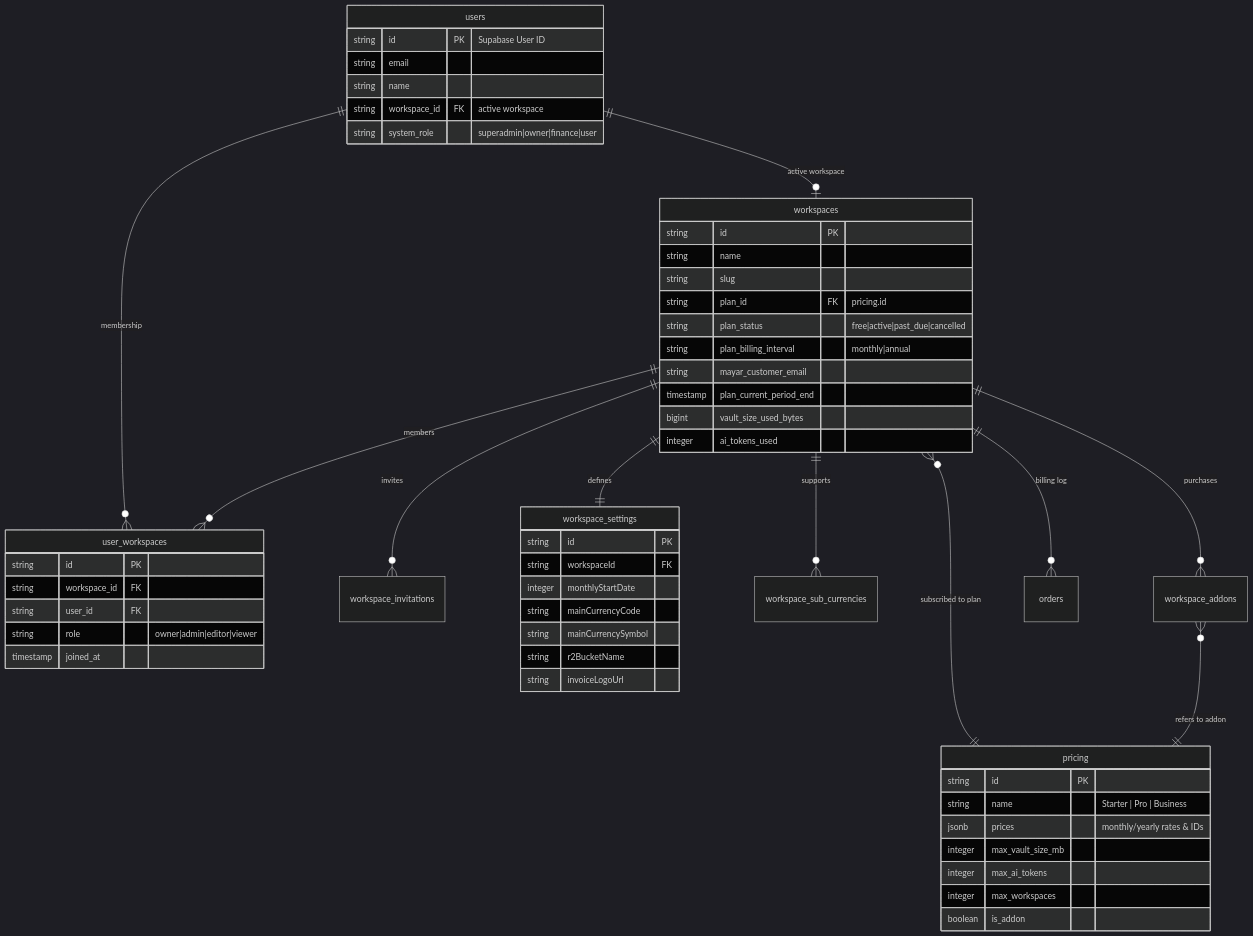
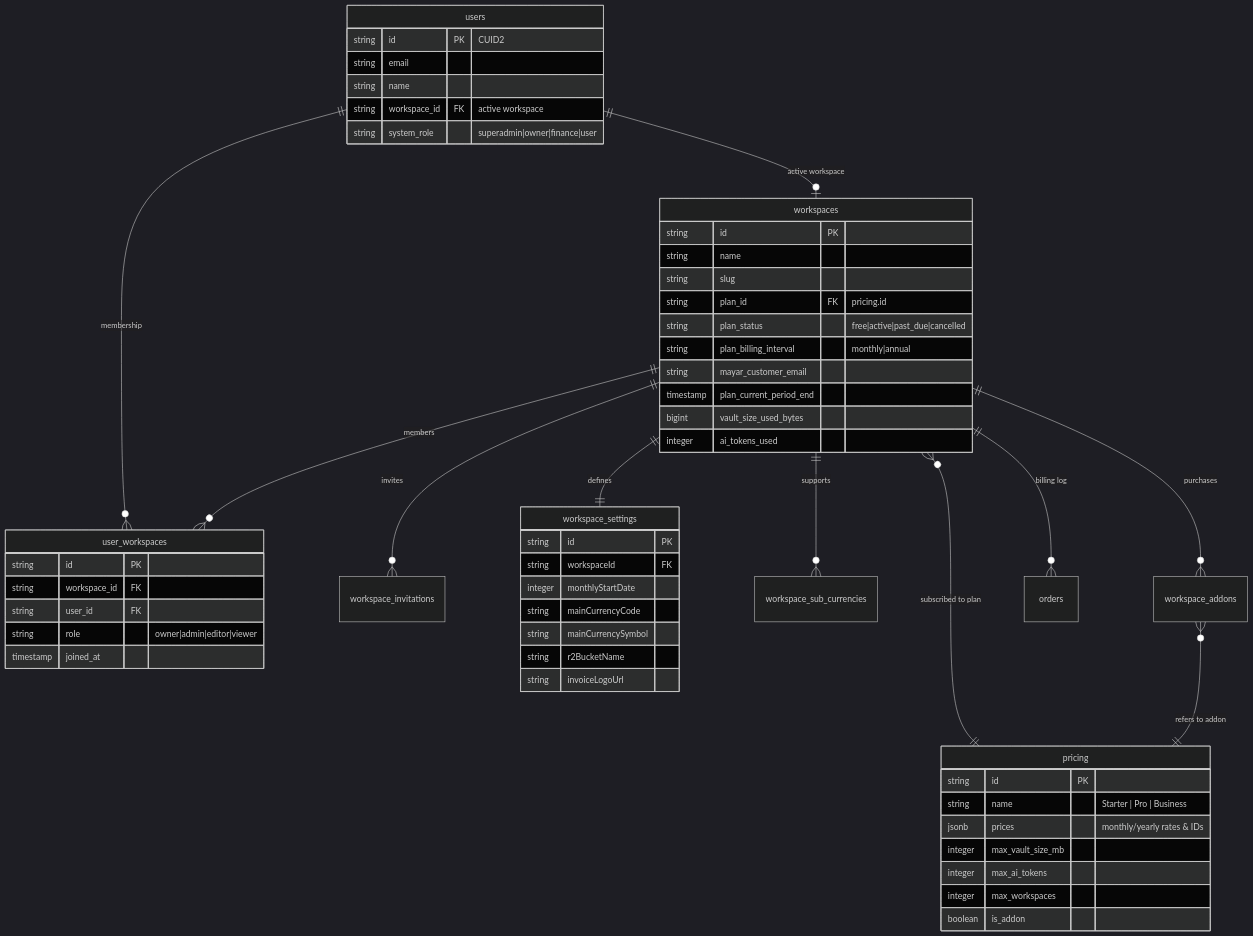
One commit to lazlanrafar/oewang changed the diagram in docs/WORKSPACE_BILLING_SETTINGS.md. Above: the diagram before and after it, drawn with Mermaid (dark theme). The commit also changed other lines of this file and 164 other files, not shown here.

````diff
--- a/docs/WORKSPACE_BILLING_SETTINGS.md
+++ b/docs/WORKSPACE_BILLING_SETTINGS.md
@@ -30,62 +30,62 @@
 ```mermaid
 erDiagram
     users ||--o| workspaces : "active workspace"
     users ||--o{ user_workspaces : "membership"
     workspaces ||--o{ user_workspaces : "members"
     workspaces ||--o{ workspace_invitations : "invites"
     workspaces ||--|| workspace_settings : "defines"
     workspaces ||--o{ workspace_sub_currencies : "supports"
     workspaces ||--o{ workspace_addons : "purchases"
     workspaces }o--|| pricing : "subscribed to plan"
     workspace_addons }o--|| pricing : "refers to addon"
     workspaces ||--o{ orders : "billing log"
 
     users {
-        string id PK "Supabase User ID"
+        string id PK "CUID2"
         string email
         string name
         string workspace_id FK "active workspace"
         string system_role "superadmin|owner|finance|user"
     }
 
     workspaces {
         string id PK
         string name
         string slug
         string plan_id FK "pricing.id"
         string plan_status "free|active|past_due|cancelled"
         string plan_billing_interval "monthly|annual"
         string mayar_customer_email
         timestamp plan_current_period_end
         bigint vault_size_used_bytes
         integer ai_tokens_used
     }
 
     user_workspaces {
         string id PK
         string workspace_id FK
         string user_id FK
         string role "owner|admin|editor|viewer"
         timestamp joined_at
     }
 
     workspace_settings {
         string id PK
         string workspaceId FK
         integer monthlyStartDate
         string mainCurrencyCode
         string mainCurrencySymbol
         string r2BucketName
         string invoiceLogoUrl
     }
 
     pricing {
         string id PK
         string name "Starter | Pro | Business"
         jsonb prices "monthly/yearly rates & IDs"
         integer max_vault_size_mb
         integer max_ai_tokens
         integer max_workspaces
         boolean is_addon
     }
 ```
````
